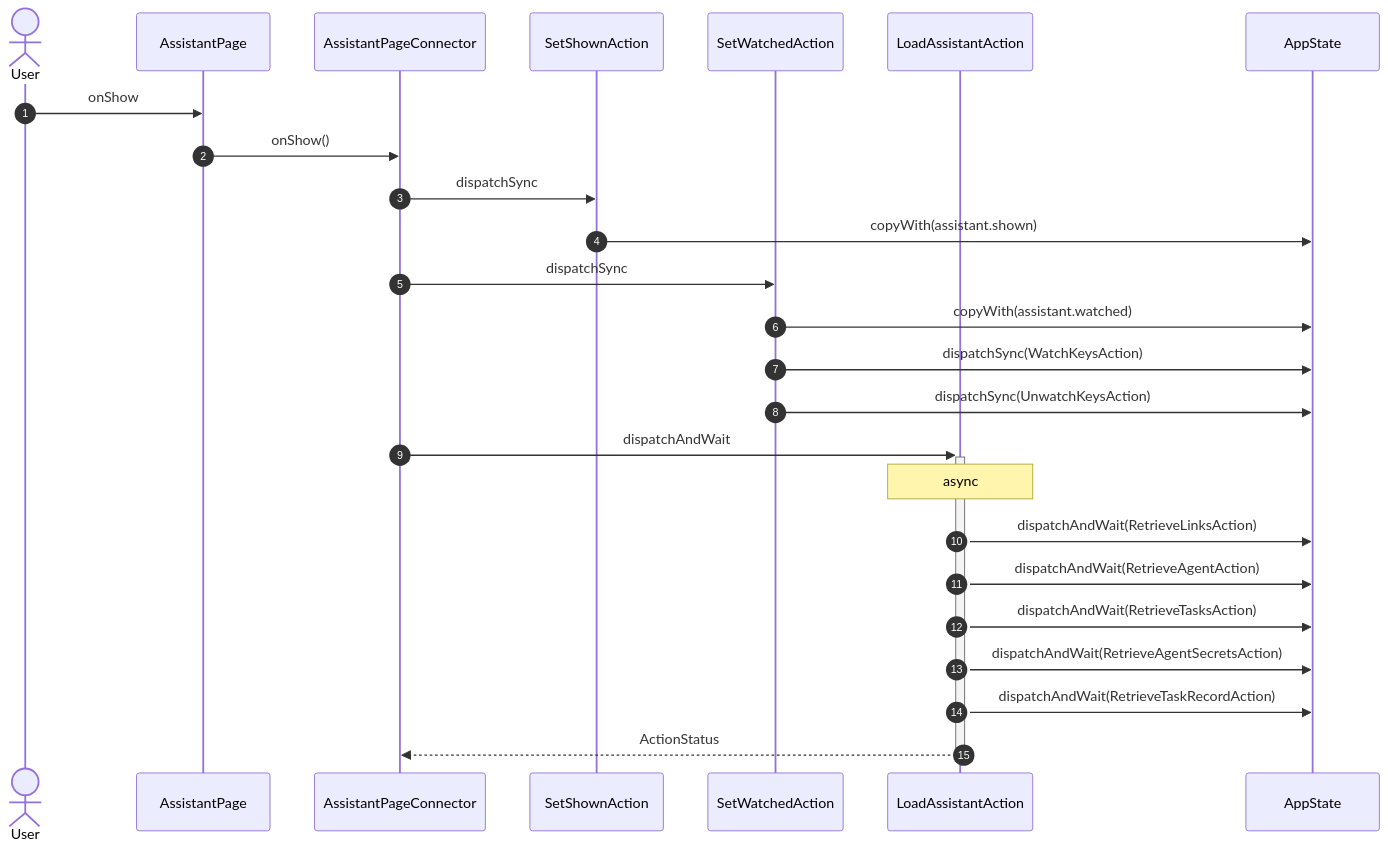
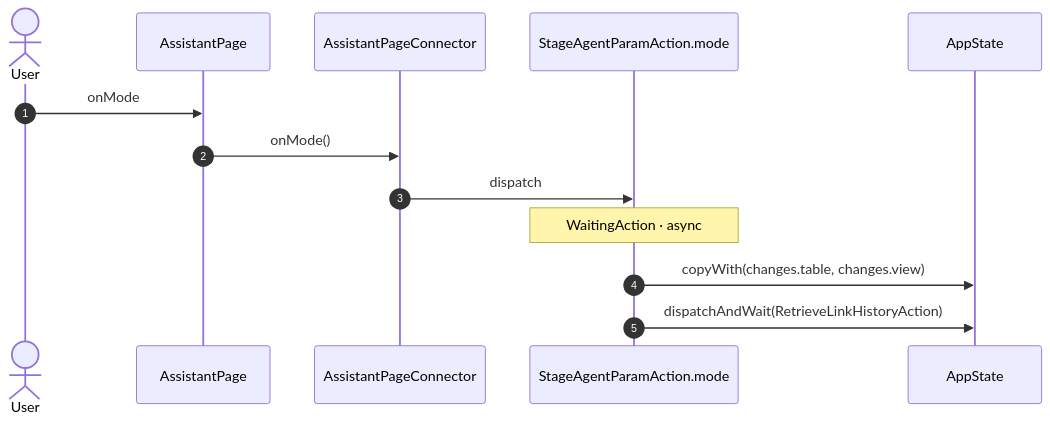
Diagram 14 of 23 in studio/docs/flows/assistant.md (gencto/wyrm), drawn with Mermaid before and after one commit. The commit also changed other lines of this file and 94 other files, not shown here.

First line of the commit message:
studio: assistant: typed wire, words in ui, one action per intent

````diff
--- a/studio/docs/flows/assistant.md
+++ b/studio/docs/flows/assistant.md
@@ -336,28 +265,16 @@
 ```mermaid
 sequenceDiagram
     autonumber
     actor User
     participant UI as AssistantPage
     participant VM as AssistantPageConnector
-    participant A1 as SetShownAction
-    participant A2 as SetWatchedAction
-    participant A3 as LoadAssistantAction
+    participant A1 as StageAgentParamAction.mode
     participant ST as AppState
 
-    User->>UI: onShow
-    UI->>VM: onShow()
-    VM->>A1: dispatchSync
-    A1->>ST: copyWith(assistant.shown)
-    VM->>A2: dispatchSync
-    A2->>ST: copyWith(assistant.watched)
-    A2->>ST: dispatchSync(WatchKeysAction)
-    A2->>ST: dispatchSync(UnwatchKeysAction)
-    VM->>+A3: dispatchAndWait
-    Note over A3: async
-    A3->>ST: dispatchAndWait(RetrieveLinksAction)
-    A3->>ST: dispatchAndWait(RetrieveAgentAction)
-    A3->>ST: dispatchAndWait(RetrieveTasksAction)
-    A3->>ST: dispatchAndWait(RetrieveAgentSecretsAction)
-    A3->>ST: dispatchAndWait(RetrieveTaskRecordAction)
-    A3-->>-VM: ActionStatus
+    User->>UI: onMode
+    UI->>VM: onMode()
+    VM->>A1: dispatch
+    Note over A1: WaitingAction · async
+    A1->>ST: copyWith(changes.table, changes.view)
+    A1->>ST: dispatchAndWait(RetrieveLinkHistoryAction)
 ```
````
